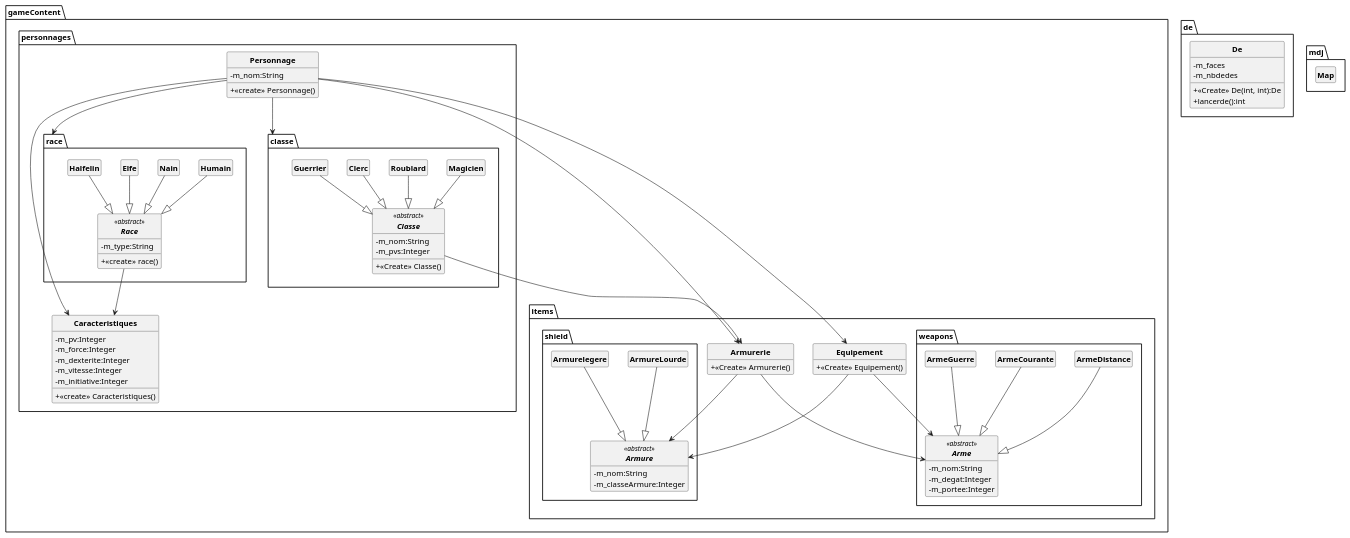
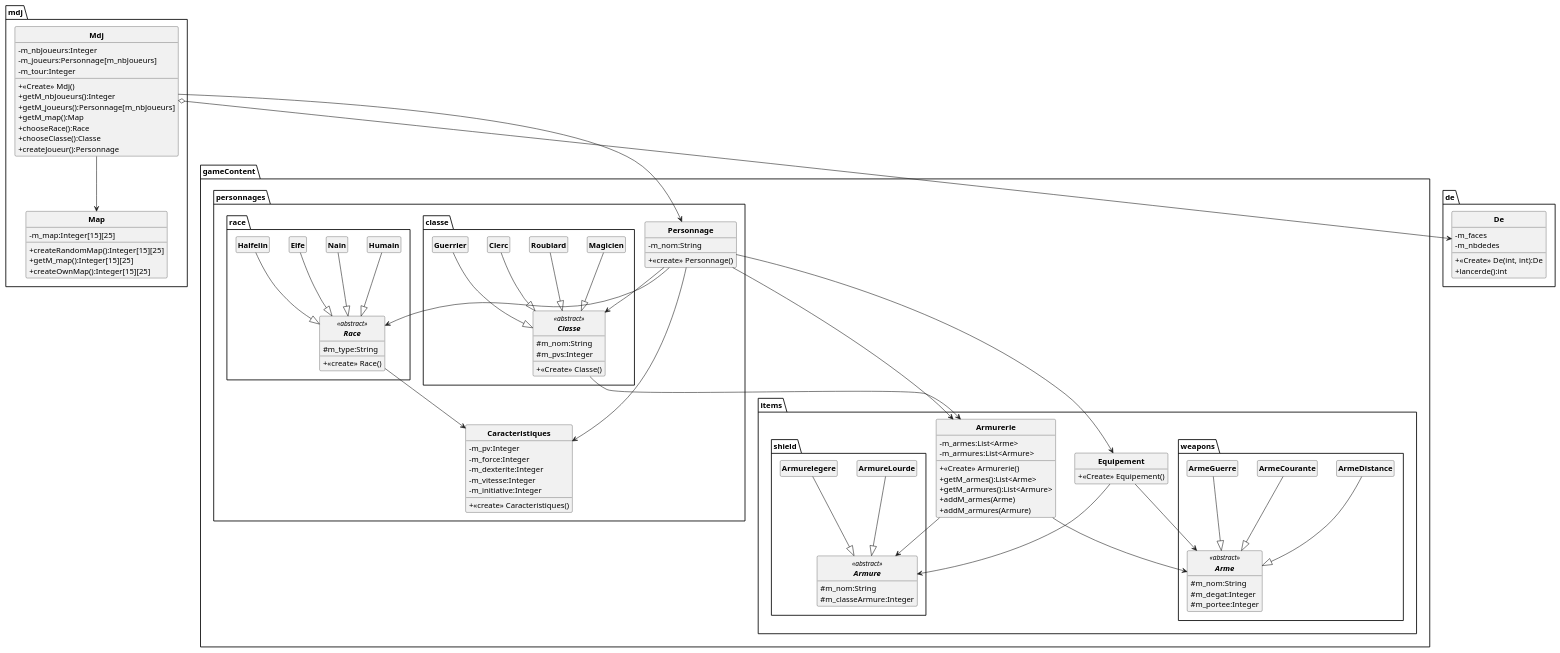
The diagram in uml/DoojonEtDragons.puml (pataatee/DOOnjons-et-Dragons), drawn with PlantUML before and after one commit. The commit also changed 1 other file, not shown here.

Commit message:
modification de l'uml ATTENTION PAS ENCORE COMPLET, manque des annotations, relations probablement correctes pour le moment. Manque aussi classe d'affichage a ajouter

```diff
--- a/uml/DoojonEtDragons.puml
+++ b/uml/DoojonEtDragons.puml
@@ -1,155 +1,179 @@
 @startuml
 'https://plantuml.com/class-diagram
 scale 1
 
 skinparam classAttributeIconSize 0
 skinparam classFontStyle Bold
 skinparam style strictuml
 hide empty members
 
 package gameContent
 {
     package personnages
     {
         class Personnage {
             +<<create>> Personnage()
             -m_nom:String
         }
-        Personnage --> race
-        Personnage --> classe
+        Personnage --> race.Race
+        Personnage --> classe.Classe
         Personnage --> Caracteristiques
         Personnage --> gameContent.items.Armurerie
         Personnage --> gameContent.items.Equipement
 
         package race{
             abstract class Race <<abstract>>{
-                +<<create>> race()
-                -m_type:String
+                +<<create>> Race()
+                #m_type:String
             }
             class Elfe {
             }
             class Halfelin {
             }
             class Humain {
             }
             class Nain {
             }
             Humain --|> Race
             Nain --|> Race
             Elfe --|> Race
             Halfelin --|> Race
         }
         Race --> Caracteristiques
 
         class Caracteristiques {
             +<<create>> Caracteristiques()
             -m_pv:Integer
             -m_force:Integer
             -m_dexterite:Integer
             -m_vitesse:Integer
             -m_initiative:Integer
         }
         package classe{
             abstract class Classe <<abstract>> {
                 +<<Create>> Classe()
-                -m_nom:String
-                -m_pvs:Integer
+                #m_nom:String
+                #m_pvs:Integer
             }
             class Clerc {
             }
             class Guerrier {
             }
             class Magicien {
             }
             class Roublard {
             }
             Clerc --|> Classe
             Guerrier --|> Classe
             Magicien --|> Classe
             Roublard --|> Classe
             Classe --> gameContent.items.Armurerie
         }
     }
 
     package items
     {
 
         class Armurerie {
+            -m_armes:List<Arme>
+            -m_armures:List<Armure>
             +<<Create>> Armurerie()
-
+            +getM_armes():List<Arme>
+            +getM_armures():List<Armure>
+            +addM_armes(Arme)
+            +addM_armures(Armure)
         }
         Armurerie --> shield.Armure
         Armurerie -->  weapons.Arme
 
         class Equipement {
             +<<Create>> Equipement()
         }
         Equipement --> shield.Armure
         Equipement --> weapons.Arme
 
         package shield {
 
             abstract class Armure <<abstract>> {
-                -m_nom:String
-                -m_classeArmure:Integer
+                #m_nom:String
+                #m_classeArmure:Integer
             }
 
             class ArmureLourde {
 
             }
 
             class Armurelegere {
 
             }
             Armurelegere --|> Armure
             ArmureLourde --|> Armure
 
         }
 
         package weapons {
 
             abstract class Arme <<abstract>> {
-                -m_nom:String
-                -m_degat:Integer
-                -m_portee:Integer
+                #m_nom:String
+                #m_degat:Integer
+                #m_portee:Integer
             }
 
             class ArmeCourante {
 
             }
 
             class ArmeGuerre {
 
             }
 
             class ArmeDistance {
 
             }
             ArmeCourante --|> Arme
             ArmeDistance --|> Arme
             ArmeGuerre --|> Arme
 
         }
 
 
 
 
 
 
     }
 }
 
 package de {
     class De {
         -m_faces
         -m_nbdedes
         +<<Create>> De(int, int):De
         +lancerde():int
     }
 }
 package mdj {
     class Map{
+    -m_map:Integer[15][25]
+    +createRandomMap():Integer[15][25]
+    +getM_map():Integer[15][25]
+    +createOwnMap():Integer[15][25]
     }
+    class Mdj{
+    -m_nbJoueurs:Integer
+    -m_joueurs:Personnage[m_nbJoueurs]
+    -m_tour:Integer
+    +<<Create>> Mdj()
+    +getM_nbJoueurs():Integer
+    +getM_joueurs():Personnage[m_nbJoueurs]
+    +getM_map():Map
+    +chooseRace():Race
+    +chooseClasse():Classe
+    +createJoueur():Personnage
+    }
+    Mdj o--> De
+    Mdj --> Map
+    Mdj --> gameContent.personnages.Personnage
 }
 
 @enduml
```
